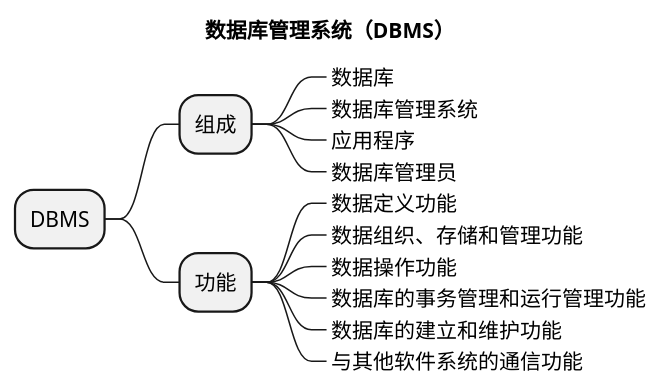
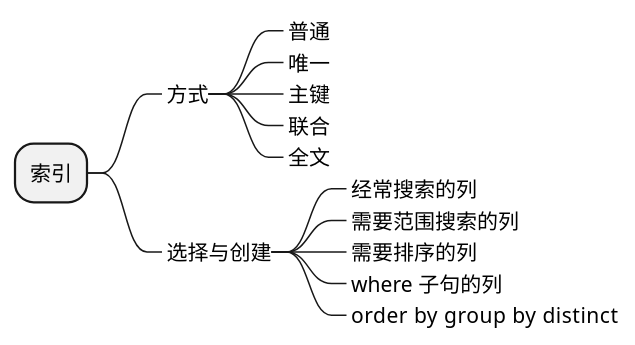
The sixth of 9 diagrams in dws.md (yayaa-uuu/study), drawn with PlantUML before and after one commit. The commit also changed other lines of this file and 27 other files, not shown here.

````diff
--- a/dws.md
+++ b/dws.md
@@ -34,18 +78,18 @@
 ```plantuml
 @startmindmap
-title 数据库管理系统（DBMS）
-* DBMS
-** 组成
-***_ 数据库
-***_ 数据库管理系统
-***_ 应用程序
-***_ 数据库管理员
-** 功能
-***_ 数据定义功能
-***_ 数据组织、存储和管理功能
-***_ 数据操作功能
-***_ 数据库的事务管理和运行管理功能
-***_ 数据库的建立和维护功能
-***_ 与其他软件系统的通信功能
+* 索引
+**_ 方式
+***_ 普通
+***_ 唯一
+***_ 主键
+***_ 联合
+***_ 全文
+**_ 选择与创建
+***_ 经常搜索的列
+***_ 需要范围搜索的列
+***_ 需要排序的列
+***_ where 子句的列
+***_ order by  group by  distinct  
+
 @endmindmap
 ```
````
